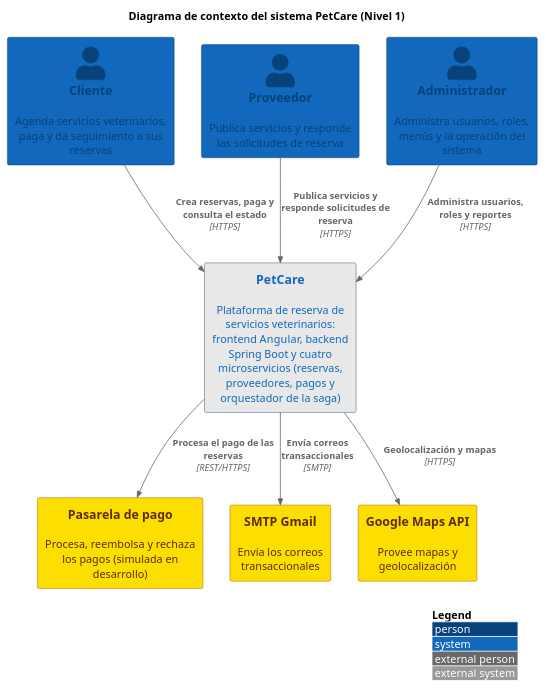
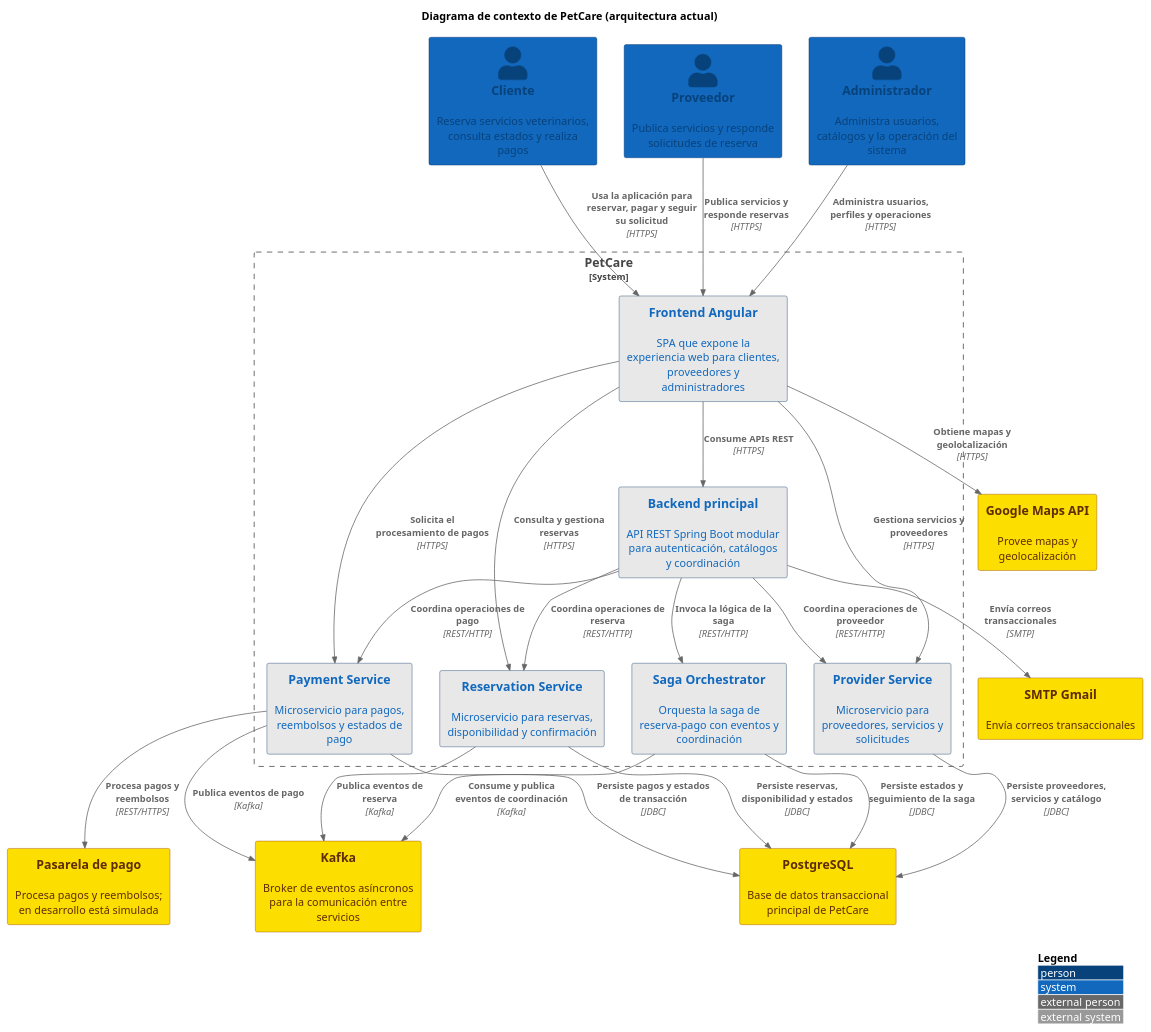
Before and after one commit to rolyjuarez/PetCare: the diagram in diagramas/1-contexto.puml, drawn with PlantUML. The commit also changed 3 other files, not shown here.

Commit message:
Saga orchestrator implementado

```diff
--- a/diagramas/1-contexto.puml
+++ b/diagramas/1-contexto.puml
@@ -1,50 +1,77 @@
 @startuml
 !includeurl https://raw.githubusercontent.com/plantuml-stdlib/C4-PlantUML/master/C4_Context.puml
 
 ' ============================================================================
 ' PETCare - Diagrama de contexto (C4 Nivel 1)
 ' ============================================================================
 
-title Diagrama de contexto del sistema PetCare (Nivel 1)
+title Diagrama de contexto de PetCare (arquitectura actual)
 
 ' ---------------------------------------------------------------------------
 ' Estilos
 ' ---------------------------------------------------------------------------
 UpdateElementStyle(person, $fontColor="#08427B", $borderColor="#052F61", $bgColor="#1168BD")
 UpdateElementStyle(system, $fontColor="#1168BD", $borderColor="#052F61", $bgColor="#E8E8E8")
 UpdateElementStyle(external_system, $fontColor="#5D2C00", $borderColor="#963B00", $bgColor="#FCDE00")
 
 ' ---------------------------------------------------------------------------
 ' Personas
 ' ---------------------------------------------------------------------------
-Person(cliente, "Cliente", "Agenda servicios veterinarios, paga y da seguimiento a sus reservas")
-Person(proveedor, "Proveedor", "Publica servicios y responde las solicitudes de reserva")
-Person(admin, "Administrador", "Administra usuarios, roles, menús y la operación del sistema")
+Person(cliente, "Cliente", "Reserva servicios veterinarios, consulta estados y realiza pagos")
+Person(proveedor, "Proveedor", "Publica servicios y responde solicitudes de reserva")
+Person(admin, "Administrador", "Administra usuarios, catálogos y la operación del sistema")
 
 ' ---------------------------------------------------------------------------
-' Sistema
+' Sistema principal
 ' ---------------------------------------------------------------------------
-System(petcare, "PetCare", "Plataforma de reserva de servicios veterinarios: frontend Angular, backend Spring Boot y cuatro microservicios (reservas, proveedores, pagos y orquestador de la saga)")
+System_Boundary(petcareBoundary, "PetCare", "Plataforma de reservas veterinarias") {
+    System(web, "Frontend Angular", "SPA que expone la experiencia web para clientes, proveedores y administradores")
+    System(backend, "Backend principal", "API REST Spring Boot modular para autenticación, catálogos y coordinación")
+    System(reservationSvc, "Reservation Service", "Microservicio para reservas, disponibilidad y confirmación")
+    System(providerSvc, "Provider Service", "Microservicio para proveedores, servicios y solicitudes")
+    System(paymentSvc, "Payment Service", "Microservicio para pagos, reembolsos y estados de pago")
+    System(sagaSvc, "Saga Orchestrator", "Orquesta la saga de reserva-pago con eventos y coordinación")
+}
 
 ' ---------------------------------------------------------------------------
 ' Sistemas externos
 ' ---------------------------------------------------------------------------
-System_Ext(pasarela, "Pasarela de pago", "Procesa, reembolsa y rechaza los pagos (simulada en desarrollo)")
-System_Ext(smtp, "SMTP Gmail", "Envía los correos transaccionales")
+System_Ext(db, "PostgreSQL", "Base de datos transaccional principal de PetCare")
+System_Ext(kafka, "Kafka", "Broker de eventos asíncronos para la comunicación entre servicios")
+System_Ext(pasarela, "Pasarela de pago", "Procesa pagos y reembolsos; en desarrollo está simulada")
+System_Ext(smtp, "SMTP Gmail", "Envía correos transaccionales")
 System_Ext(maps, "Google Maps API", "Provee mapas y geolocalización")
-
 
 ' ---------------------------------------------------------------------------
 ' Relaciones
 ' ---------------------------------------------------------------------------
-Rel(cliente, petcare, "Crea reservas, paga y consulta el estado", "HTTPS")
-Rel(proveedor, petcare, "Publica servicios y responde solicitudes de reserva", "HTTPS")
-Rel(admin, petcare, "Administra usuarios, roles y reportes", "HTTPS")
+Rel(cliente, web, "Usa la aplicación para reservar, pagar y seguir su solicitud", "HTTPS")
+Rel(proveedor, web, "Publica servicios y responde reservas", "HTTPS")
+Rel(admin, web, "Administra usuarios, perfiles y operaciones", "HTTPS")
 
-Rel(petcare, pasarela, "Procesa el pago de las reservas", "REST/HTTPS")
-Rel(petcare, smtp, "Envía correos transaccionales", "SMTP")
-Rel(petcare, maps, "Geolocalización y mapas", "HTTPS")
+Rel(web, backend, "Consume APIs REST", "HTTPS")
+Rel(web, reservationSvc, "Consulta y gestiona reservas", "HTTPS")
+Rel(web, providerSvc, "Gestiona servicios y proveedores", "HTTPS")
+Rel(web, paymentSvc, "Solicita el procesamiento de pagos", "HTTPS")
+
+Rel(backend, reservationSvc, "Coordina operaciones de reserva", "REST/HTTP")
+Rel(backend, providerSvc, "Coordina operaciones de proveedor", "REST/HTTP")
+Rel(backend, paymentSvc, "Coordina operaciones de pago", "REST/HTTP")
+Rel(backend, sagaSvc, "Invoca la lógica de la saga", "REST/HTTP")
+
+Rel(reservationSvc, db, "Persiste reservas, disponibilidad y estados", "JDBC")
+Rel(providerSvc, db, "Persiste proveedores, servicios y catálogo", "JDBC")
+Rel(paymentSvc, db, "Persiste pagos y estados de transacción", "JDBC")
+Rel(sagaSvc, db, "Persiste estados y seguimiento de la saga", "JDBC")
+
+Rel(reservationSvc, kafka, "Publica eventos de reserva", "Kafka")
+Rel(paymentSvc, kafka, "Publica eventos de pago", "Kafka")
+Rel(sagaSvc, kafka, "Consume y publica eventos de coordinación", "Kafka")
+
+Rel(paymentSvc, pasarela, "Procesa pagos y reembolsos", "REST/HTTPS")
+Rel(backend, smtp, "Envía correos transaccionales", "SMTP")
+Rel(web, maps, "Obtiene mapas y geolocalización", "HTTPS")
 
 LAYOUT_WITH_LEGEND()
 
 @enduml
```
